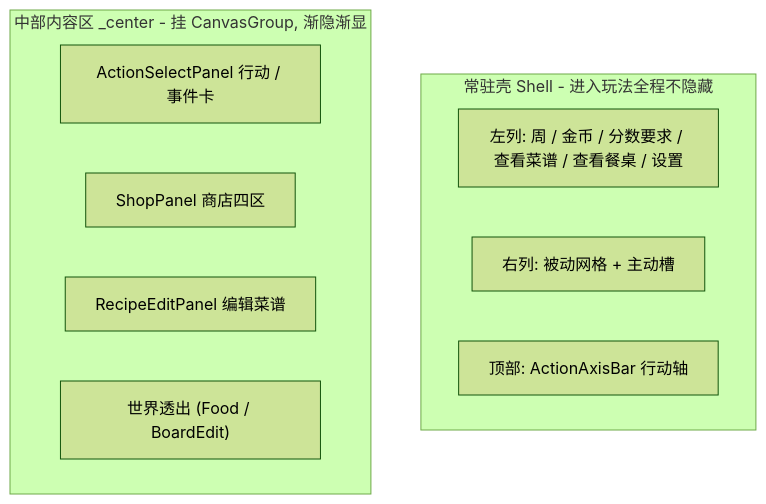
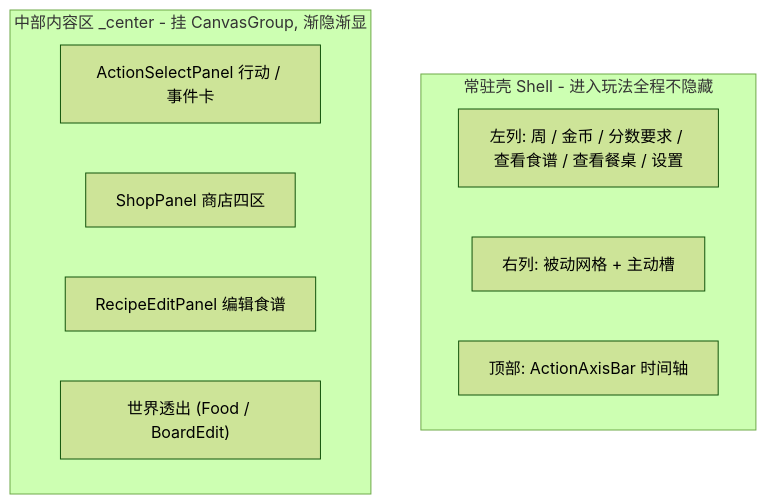
One commit to 2563495284/gourmetproject changed the first of 3 diagrams in GourmetProject/docs/design/游戏设计/界面.md. Above: the diagram before and after it, drawn with Mermaid (forest theme). The commit also changed other lines of this file and 709 other files, not shown here.

````diff
--- a/GourmetProject/docs/design/游戏设计/界面.md
+++ b/GourmetProject/docs/design/游戏设计/界面.md
@@ -26,14 +26,14 @@
 ```mermaid
 flowchart TB
   subgraph shell [常驻壳 Shell - 进入玩法全程不隐藏]
-    Left["左列: 周 / 金币 / 分数要求 / 查看菜谱 / 查看餐桌 / 设置"]
+    Left["左列: 周 / 金币 / 分数要求 / 查看食谱 / 查看餐桌 / 设置"]
     Right["右列: 被动网格 + 主动槽"]
-    Axis["顶部: ActionAxisBar 行动轴"]
+    Axis["顶部: ActionAxisBar 时间轴"]
   end
   subgraph center [中部内容区 _center - 挂 CanvasGroup, 渐隐渐显]
     C1["ActionSelectPanel 行动 / 事件卡"]
     C2["ShopPanel 商店四区"]
-    C3["RecipeEditPanel 编辑菜谱"]
+    C3["RecipeEditPanel 编辑食谱"]
     C4["世界透出 (Food / BoardEdit)"]
   end
 ```
````
